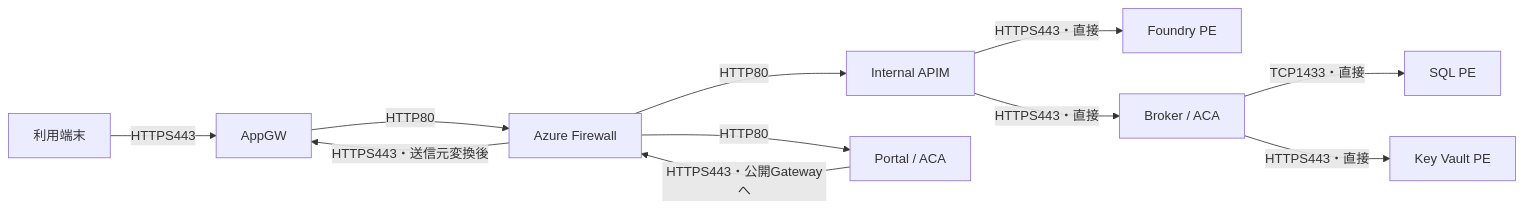
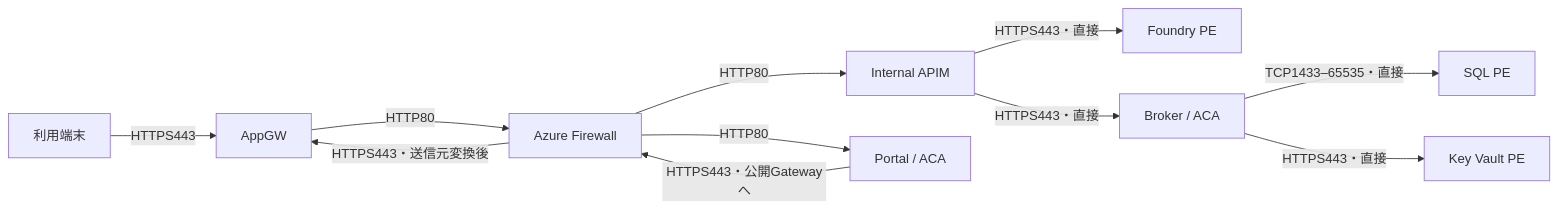
The diagram in docs/reference/network-communication-requirements.md (hrkd83/egakumi), drawn with Mermaid before and after one commit. The commit also changed other lines of this file and 30 other files, not shown here.

````diff
--- a/docs/reference/network-communication-requirements.md
+++ b/docs/reference/network-communication-requirements.md
@@ -30,13 +32,13 @@
 ```mermaid
 flowchart LR
     Client[利用端末] -->|HTTPS443| GW[AppGW]
     GW -->|HTTP80| FW[Azure Firewall]
     FW -->|HTTP80| APIM[Internal APIM]
     FW -->|HTTP80| Portal[Portal / ACA]
     APIM -->|HTTPS443・直接| Foundry[Foundry PE]
     APIM -->|HTTPS443・直接| Broker[Broker / ACA]
-    Broker -->|TCP1433・直接| SQL[SQL PE]
+    Broker -->|TCP1433–65535・直接| SQL[SQL PE]
     Broker -->|HTTPS443・直接| KV[Key Vault PE]
     Portal -->|HTTPS443・公開Gatewayへ| FW
     FW -->|HTTPS443・送信元変換後| GW
 ```
````
